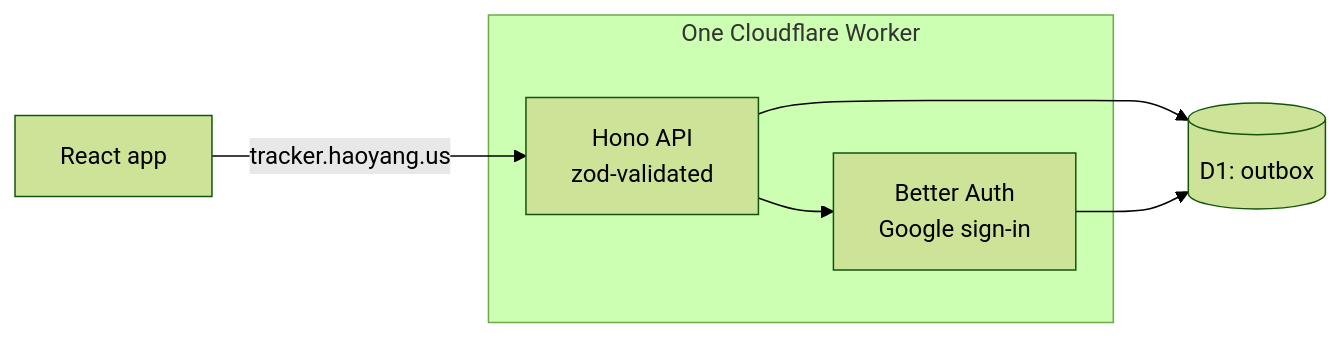
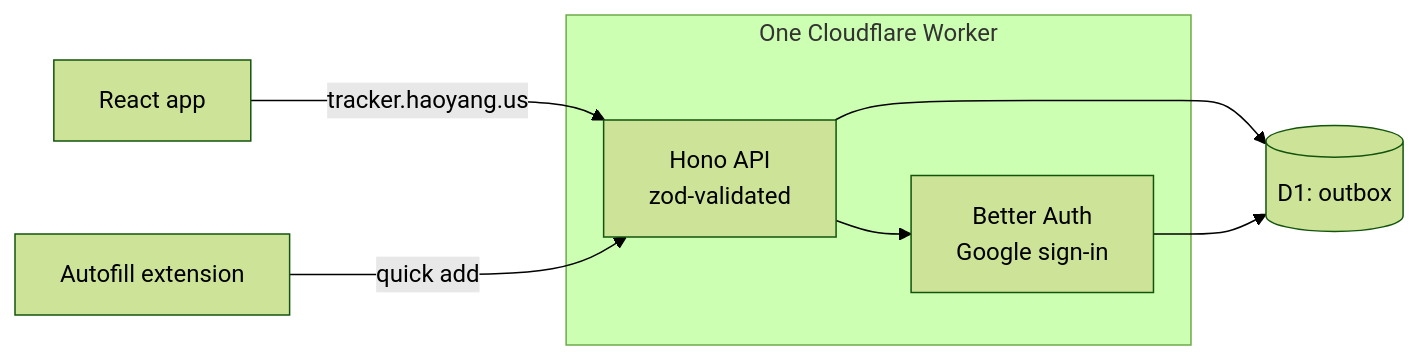
Before and after one commit to heyemlee/work-tracker: the diagram in README.md, drawn with Mermaid (forest theme). The commit also changed other lines of this file and 128 other files, not shown here.

First line of the commit message:
Add the Outbox Autofill Chrome extension

````diff
--- a/README.md
+++ b/README.md
@@ -32,14 +64,16 @@
 ```mermaid
 flowchart LR
   app["React app"]
+  ext["Autofill extension"]
   subgraph worker["One Cloudflare Worker"]
     api["Hono API<br/>zod-validated"]
     auth["Better Auth<br/>Google sign-in"]
   end
   db[("D1: outbox")]
 
   app -- "tracker.haoyang.us" --> api
+  ext -- "quick add" --> api
   api --> auth
   api --> db
   auth --> db
 ```
````
